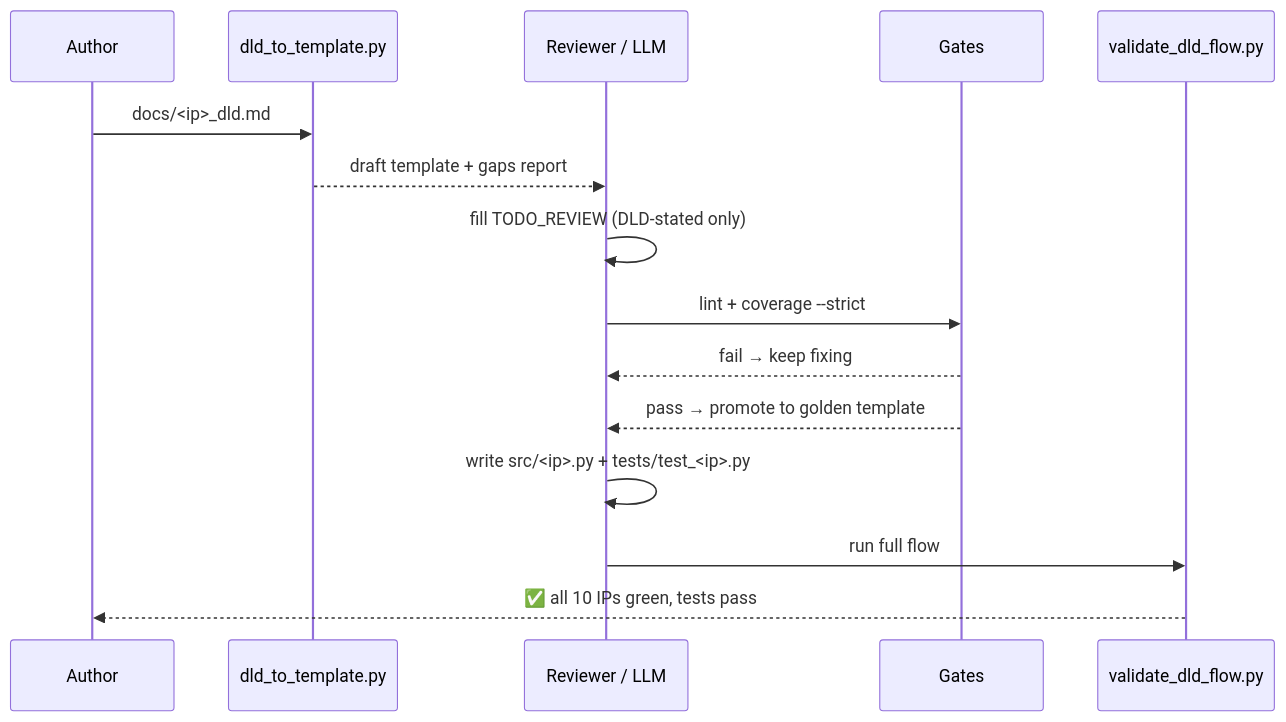
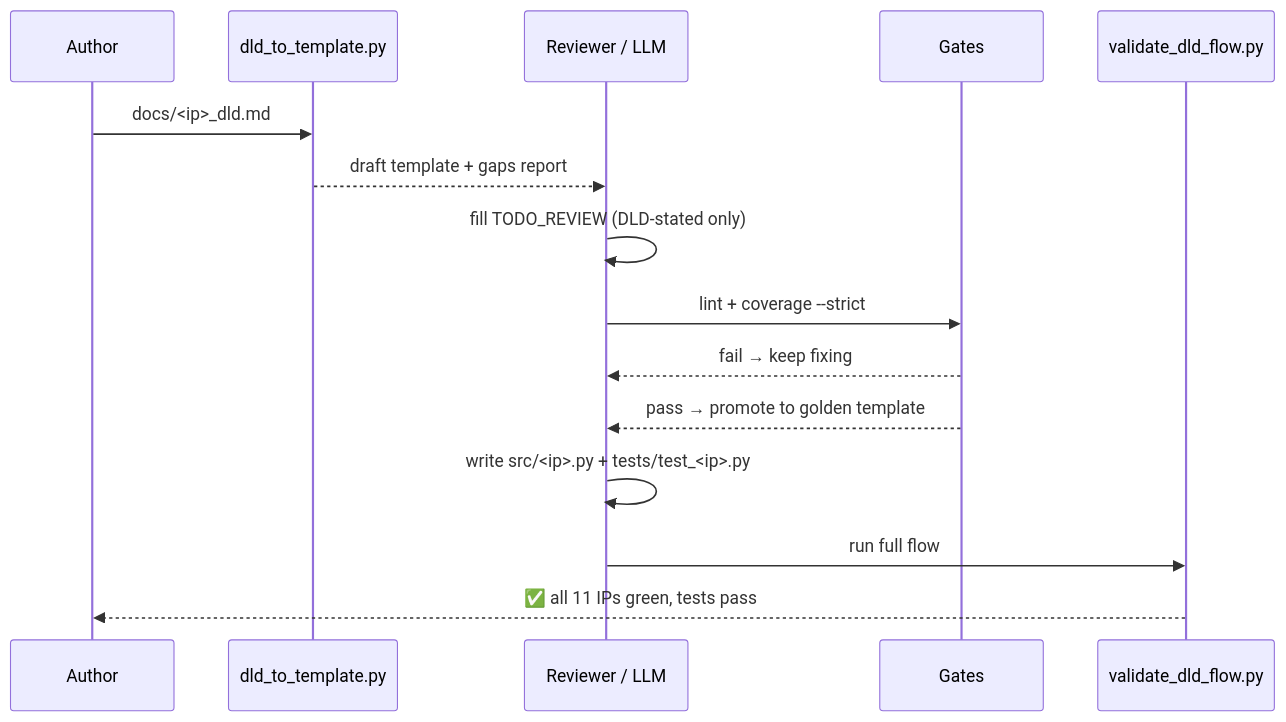
Before and after one commit to kushkumar16/ip_model_automation: the eighth of 8 diagrams in docs/pipeline_overview.md, drawn with Mermaid. The commit also changed other lines of this file and 8 other files, not shown here.

````diff
--- a/docs/pipeline_overview.md
+++ b/docs/pipeline_overview.md
@@ -305,18 +305,18 @@
 ```mermaid
 sequenceDiagram
     participant U as Author
     participant X as dld_to_template.py
     participant R as Reviewer / LLM
     participant G as Gates
     participant V as validate_dld_flow.py
 
     U->>X: docs/<ip>_dld.md
     X-->>R: draft template + gaps report
     R->>R: fill TODO_REVIEW (DLD-stated only)
     R->>G: lint + coverage --strict
     G-->>R: fail → keep fixing
     G-->>R: pass → promote to golden template
     R->>R: write src/<ip>.py + tests/test_<ip>.py
     R->>V: run full flow
-    V-->>U: ✅ all 10 IPs green, tests pass
+    V-->>U: ✅ all 11 IPs green, tests pass
 ```
````
